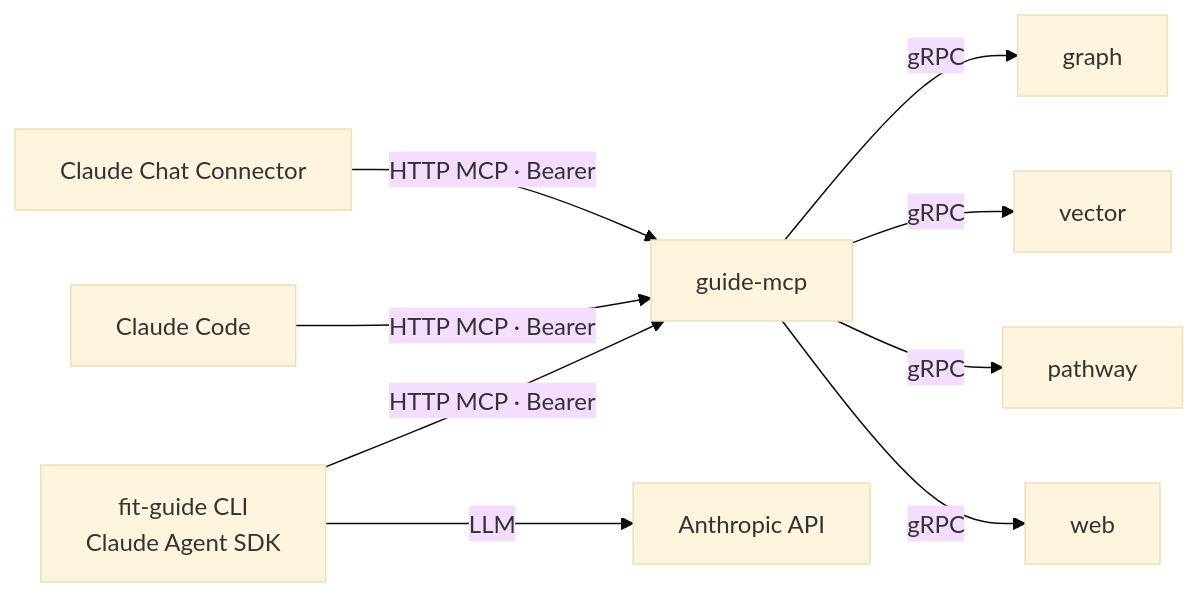
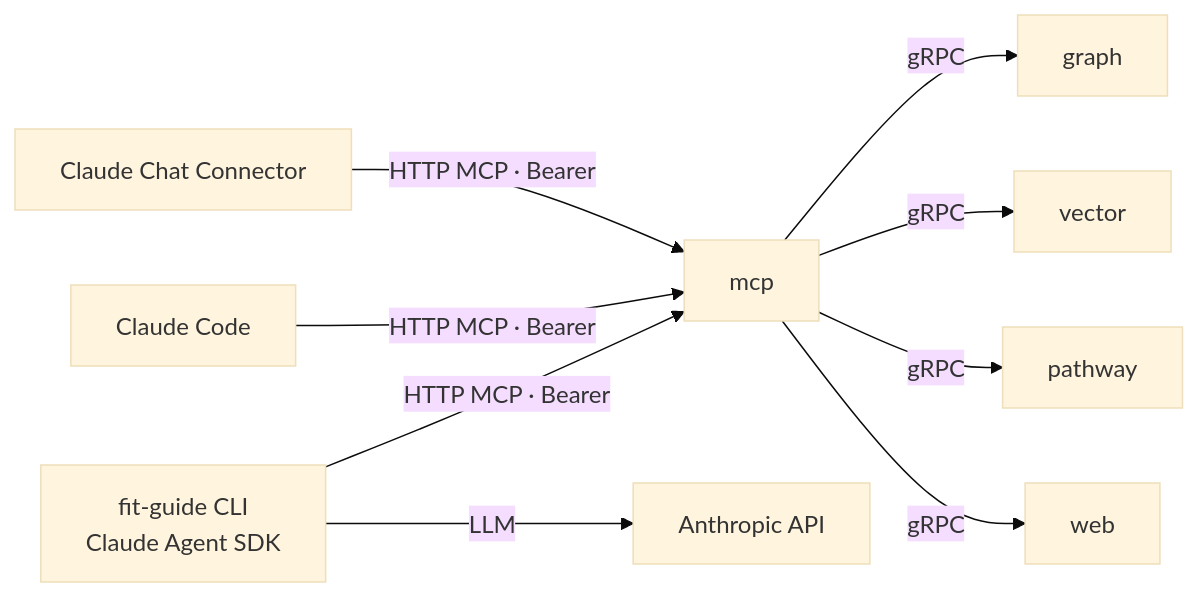
One commit to forwardimpact/pathway changed the diagram in specs/580-guide-claude-sdk-mcp/design.md. Above: the diagram before and after it, drawn with Mermaid (base theme). The commit also changed other lines of this file, not shown here.

First line of the commit message:
refactor(specs): rename guide-mcp to mcp and align with libconfig conventions (580)

````diff
--- a/specs/580-guide-claude-sdk-mcp/design.md
+++ b/specs/580-guide-claude-sdk-mcp/design.md
@@ -13,8 +13,8 @@
 ```mermaid
 graph LR
-  CLI[fit-guide CLI<br/>Claude Agent SDK] -->|HTTP MCP · Bearer| MCP[guide-mcp]
+  CLI[fit-guide CLI<br/>Claude Agent SDK] -->|HTTP MCP · Bearer| MCP[mcp]
   CC[Claude Code] -->|HTTP MCP · Bearer| MCP
   Chat[Claude Chat Connector] -->|HTTP MCP · Bearer| MCP
   MCP -->|gRPC| G[graph] & V[vector] & P[pathway] & W[web]
   CLI -->|LLM| A[Anthropic API]
 ```
````
